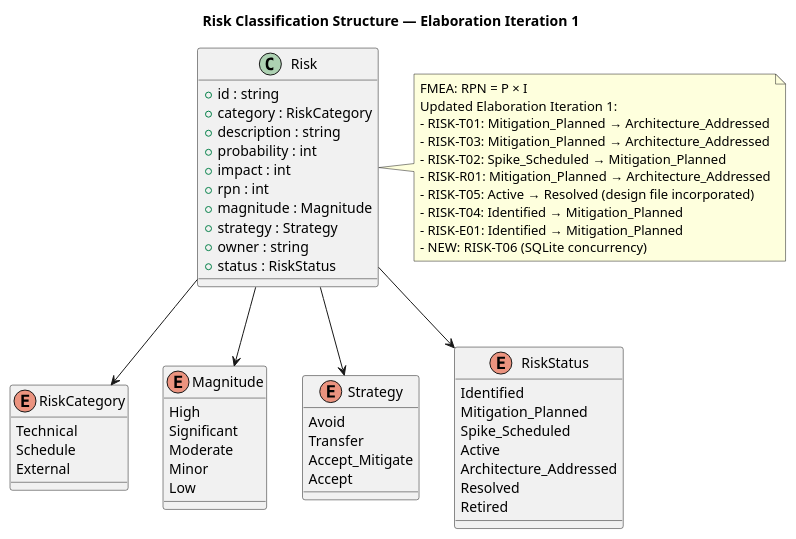
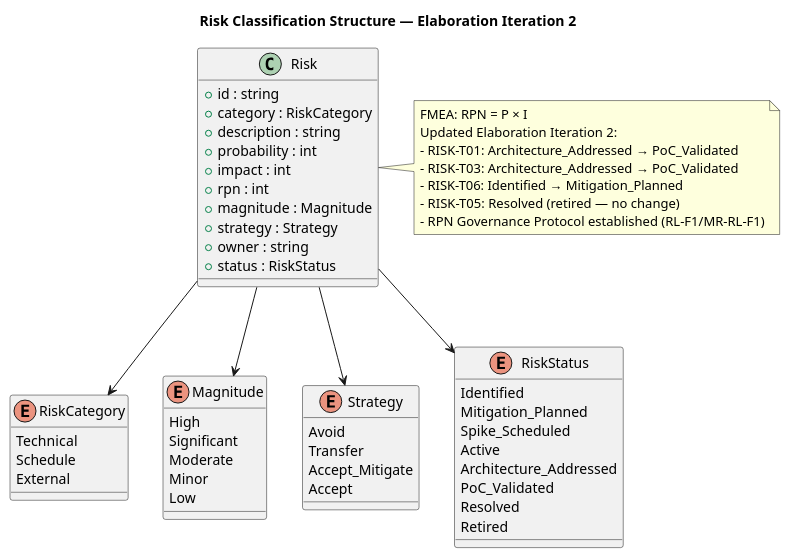
One commit to banense-test/demo-janke-lab changed the first of 5 diagrams in docs/artifacts/project-management/risk-list.md. Above: the diagram before and after it, drawn with PlantUML. The commit also changed other lines of this file, not shown here.

First line of the commit message:
Project Manager [E2]: upsert Risk List

````diff
--- a/docs/artifacts/project-management/risk-list.md
+++ b/docs/artifacts/project-management/risk-list.md
@@ -42,67 +62,65 @@
 ```plantuml
 @startuml
-title Risk Classification Structure — Elaboration Iteration 1
+title Risk Classification Structure — Elaboration Iteration 2
 
 class Risk {
   + id : string
   + category : RiskCategory
   + description : string
   + probability : int
   + impact : int
   + rpn : int
   + magnitude : Magnitude
   + strategy : Strategy
   + owner : string
   + status : RiskStatus
 }
 
 enum RiskCategory {
   Technical
   Schedule
   External
 }
 
 enum Magnitude {
   High
   Significant
   Moderate
   Minor
   Low
 }
 
 enum Strategy {
   Avoid
   Transfer
   Accept_Mitigate
   Accept
 }
 
 enum RiskStatus {
   Identified
   Mitigation_Planned
   Spike_Scheduled
   Active
   Architecture_Addressed
+  PoC_Validated
   Resolved
   Retired
 }
 
 Risk --> RiskCategory
 Risk --> Magnitude
 Risk --> Strategy
 Risk --> RiskStatus
 
 note right of Risk
   FMEA: RPN = P × I
-  Updated Elaboration Iteration 1:
-  - RISK-T01: Mitigation_Planned → Architecture_Addressed
-  - RISK-T03: Mitigation_Planned → Architecture_Addressed
-  - RISK-T02: Spike_Scheduled → Mitigation_Planned
-  - RISK-R01: Mitigation_Planned → Architecture_Addressed
-  - RISK-T05: Active → Resolved (design file incorporated)
-  - RISK-T04: Identified → Mitigation_Planned
-  - RISK-E01: Identified → Mitigation_Planned
-  - NEW: RISK-T06 (SQLite concurrency)
+  Updated Elaboration Iteration 2:
+  - RISK-T01: Architecture_Addressed → PoC_Validated
+  - RISK-T03: Architecture_Addressed → PoC_Validated
+  - RISK-T06: Identified → Mitigation_Planned
+  - RISK-T05: Resolved (retired — no change)
+  - RPN Governance Protocol established (RL-F1/MR-RL-F1)
 end note
 @enduml
 ```
````
